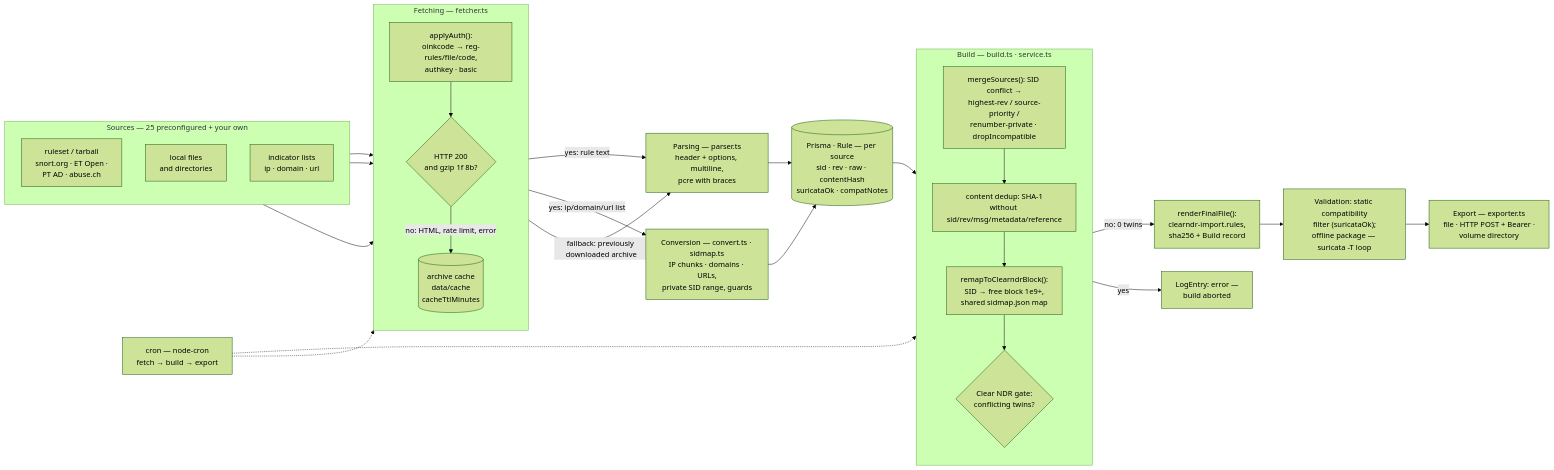
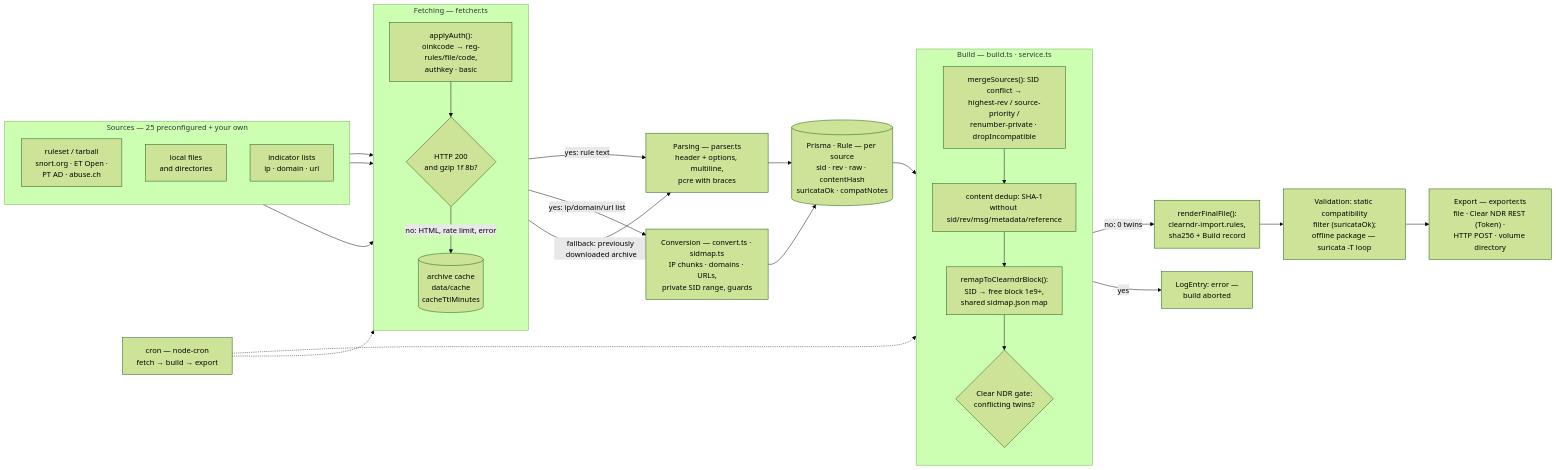
One commit to NoIDXMV6/ndr-rules-hub changed the second of 9 diagrams in architecture.en.md. Above: the diagram before and after it, drawn with Mermaid (forest theme). The commit also changed other lines of this file and 5 other files, not shown here.

````diff
--- a/architecture.en.md
+++ b/architecture.en.md
@@ -120,56 +125,56 @@
 ```mermaid
 flowchart LR
     subgraph SRC["Sources — 25 preconfigured + your own"]
         direction TB
         SRC1["ruleset / tarball<br/>snort.org · ET Open ·<br/>PT AD · abuse.ch"]
         SRC2["local files<br/>and directories"]
         SRC3["indicator lists<br/>ip · domain · url"]
     end
 
     subgraph FETCH["Fetching — fetcher.ts"]
         direction TB
         AUTH["applyAuth():<br/>oinkcode → reg-rules/file/code,<br/>authkey · basic"]
         CHECK{"HTTP 200<br/>and gzip 1f 8b?"}
         CACHE[("archive cache<br/>data/cache<br/>cacheTtlMinutes")]
     end
 
     PARSE["Parsing — parser.ts<br/>header + options, multiline,<br/>pcre with braces"]
     CONV["Conversion — convert.ts · sidmap.ts<br/>IP chunks · domains · URLs,<br/>private SID range, guards"]
 
     RULES[("Prisma · Rule — per source<br/>sid · rev · raw · contentHash<br/>suricataOk · compatNotes")]
 
     subgraph BUILD["Build — build.ts · service.ts"]
         direction TB
         MERGE["mergeSources(): SID conflict →<br/>highest-rev / source-priority /<br/>renumber-private · dropIncompatible"]
         CONTENT["content dedup: SHA-1<br/>without sid/rev/msg/metadata/reference"]
         REMAP["remapToClearndrBlock():<br/>SID → free block 1e9+,<br/>shared sidmap.json map"]
         GATE{"Clear NDR gate:<br/>conflicting twins?"}
     end
 
     FINAL["renderFinalFile():<br/>clearndr-import.rules,<br/>sha256 + Build record"]
     VALID["Validation: static compatibility<br/>filter (suricataOk);<br/>offline package — suricata -T loop"]
-    EXPORT["Export — exporter.ts<br/>file · HTTP POST + Bearer ·<br/>volume directory"]
+    EXPORT["Export — exporter.ts<br/>file · Clear NDR REST (Token) ·<br/>HTTP POST · volume directory"]
     CRON["cron — node-cron<br/>fetch → build → export"]
     LOG["LogEntry: error —<br/>build aborted"]
 
     SRC1 --> AUTH
     SRC2 --> AUTH
     SRC3 --> AUTH
     AUTH --> CHECK
     CHECK -- "yes: rule text" --> PARSE
     CHECK -- "yes: ip/domain/url list" --> CONV
     CHECK -- "no: HTML, rate limit, error" --> CACHE
     CACHE -- "fallback: previously downloaded archive" --> PARSE
     PARSE --> RULES
     CONV --> RULES
     RULES --> MERGE
     MERGE --> CONTENT
     CONTENT --> REMAP
     REMAP --> GATE
     GATE -- "no: 0 twins" --> FINAL
     GATE -- "yes" --> LOG
     FINAL --> VALID
     VALID --> EXPORT
     CRON -.-> FETCH
     CRON -.-> BUILD
 ```
````
